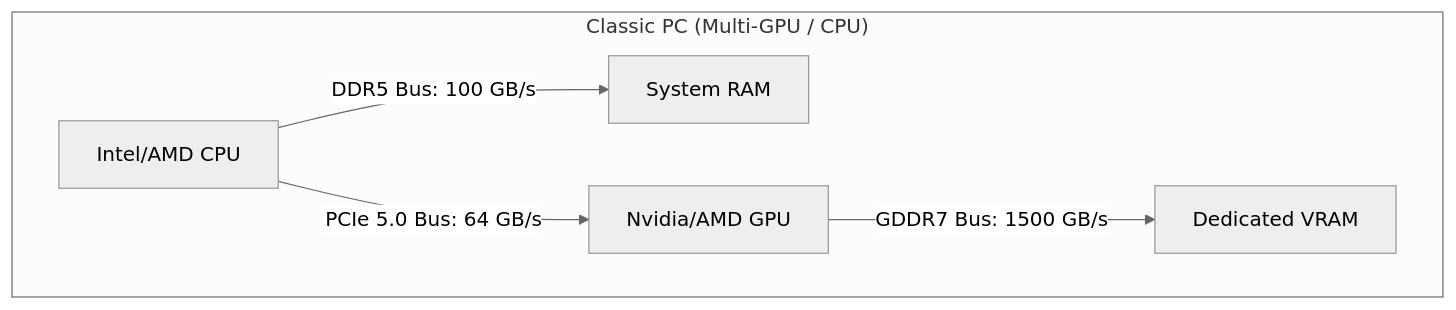
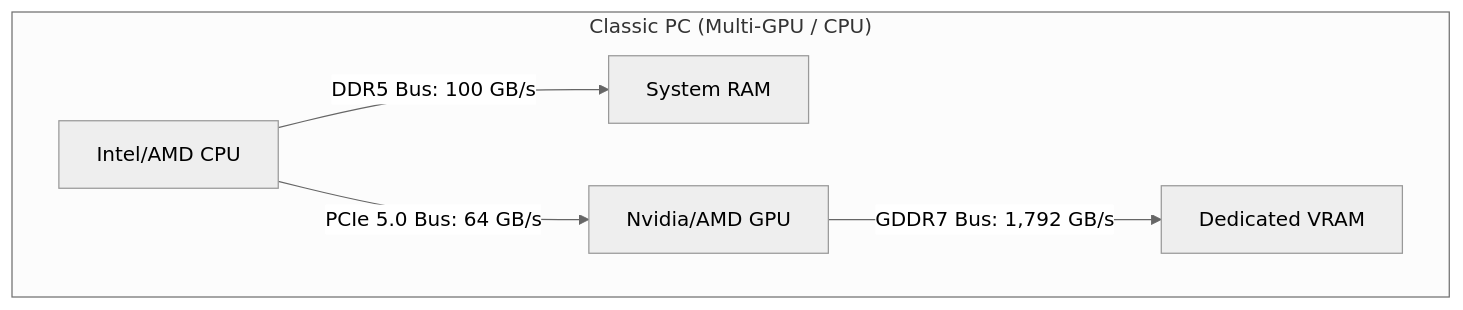
The first of 2 diagrams in en/01-fondations/unified-memory-vs-ram-vs-vram.md (DamienBecherini/ia-on-prem-vault), drawn with Mermaid (neutral theme) before and after one commit. The commit also changed other lines of this file and 10 other files, not shown here.

````diff
--- a/en/01-fondations/unified-memory-vs-ram-vs-vram.md
+++ b/en/01-fondations/unified-memory-vs-ram-vs-vram.md
@@ -26,8 +26,8 @@
 ```mermaid
 graph TD
     subgraph "Classic PC (Multi-GPU / CPU)"
         CPU_PC[Intel/AMD CPU] -->|DDR5 Bus: 100 GB/s| RAM_PC[System RAM]
         CPU_PC -->|PCIe 5.0 Bus: 64 GB/s| GPU_PC[Nvidia/AMD GPU]
-        GPU_PC -->|GDDR7 Bus: 1500 GB/s| VRAM_PC[Dedicated VRAM]
+        GPU_PC -->|GDDR7 Bus: 1,792 GB/s| VRAM_PC[Dedicated VRAM]
     end
 ```
````
